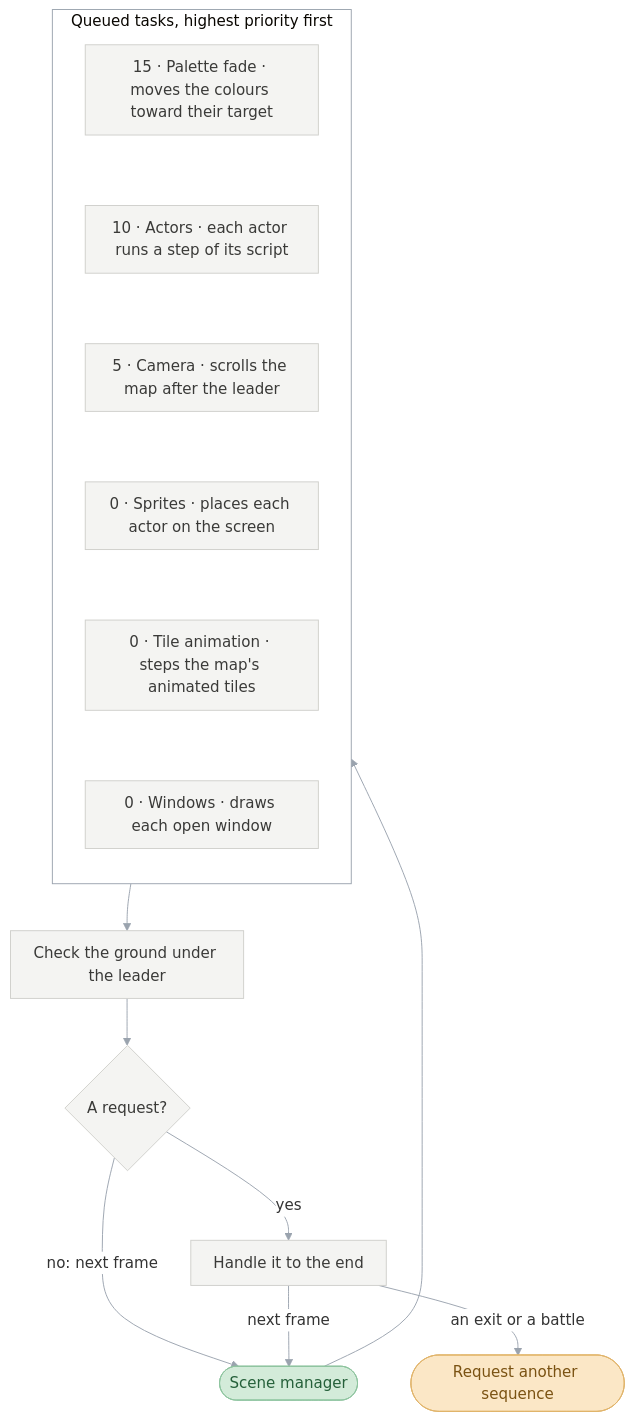
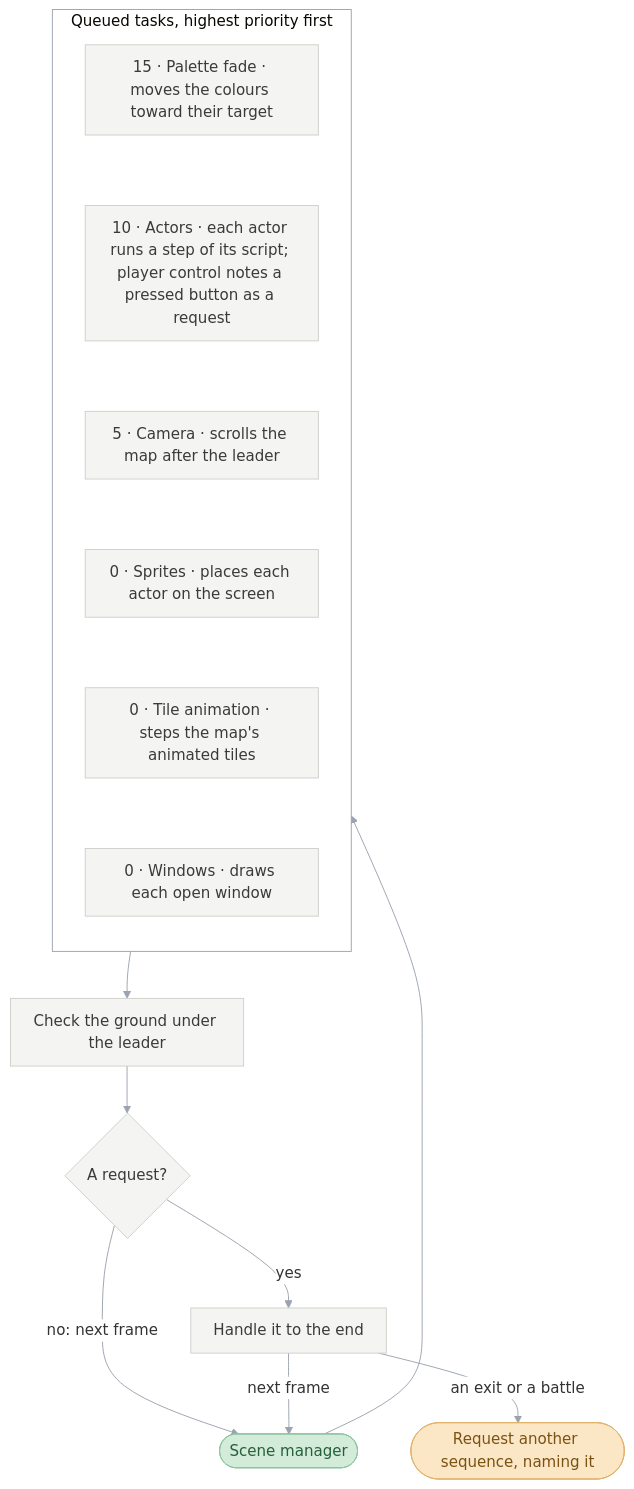
One commit to PascalPixel/alchemy changed the sixth of 7 diagrams in games/tbs/README.md. Above: the diagram before and after it, drawn with Mermaid. The commit also changed other lines of this file, not shown here.

First line of the commit message:
☀️ Front page: the charts close five gaps a reader from the charts alone hit

````diff
--- a/games/tbs/README.md
+++ b/games/tbs/README.md
@@ -173,27 +173,27 @@
 ```mermaid
 %%{init: {"theme": "base", "themeVariables": {"lineColor": "#9AA3AE", "edgeLabelBackground": "#FFFFFF"}, "flowchart": {"curve": "basis", "padding": 12}}}%%
 flowchart TD
   frame(["Scene manager"]) --> queue
   subgraph queue ["Queued tasks, highest priority first"]
     direction TB
-    t1["15 · Palette fade · moves the colours toward their target"] ~~~ t2["10 · Actors · each actor runs a step of its script"]
+    t1["15 · Palette fade · moves the colours toward their target"] ~~~ t2["10 · Actors · each actor runs a step of its script; player control notes a pressed button as a request"]
     t2 ~~~ t3["5 · Camera · scrolls the map after the leader"] ~~~ t4["0 · Sprites · places each actor on the screen"]
     t4 ~~~ t5["0 · Tile animation · steps the map's animated tiles"] ~~~ t6["0 · Windows · draws each open window"]
   end
   queue --> ground["Check the ground under the leader"]
   ground --> check{"A request?"}
   check -->|"no: next frame"| frame
   check -->|"yes"| handle["Handle it to the end"]
   handle -->|"next frame"| frame
-  handle -->|"an exit or a battle"| next(["Request another sequence"])
+  handle -->|"an exit or a battle"| next(["Request another sequence, naming it"])
   classDef sequenceManager fill:#DDE3EC,stroke:#8FA0B8,color:#2E3C50
   classDef sceneSequence fill:#D2EEF3,stroke:#7FC3D0,color:#1E5966
   classDef battle fill:#F6D5D2,stroke:#D9928B,color:#8A2A22
   classDef sceneManager fill:#D3EBD9,stroke:#8DC49E,color:#25603A
   classDef request fill:#FBE7C6,stroke:#E0B46A,color:#7A5212
   classDef step fill:#F4F4F2,stroke:#CFCFCB,color:#3A3A38
   class frame sceneManager
   class next request
   class t1,t2,t3,t4,t5,t6,ground,handle,check step
   style queue fill:#FFFFFF,stroke:#9AA3AE
 ```
````
